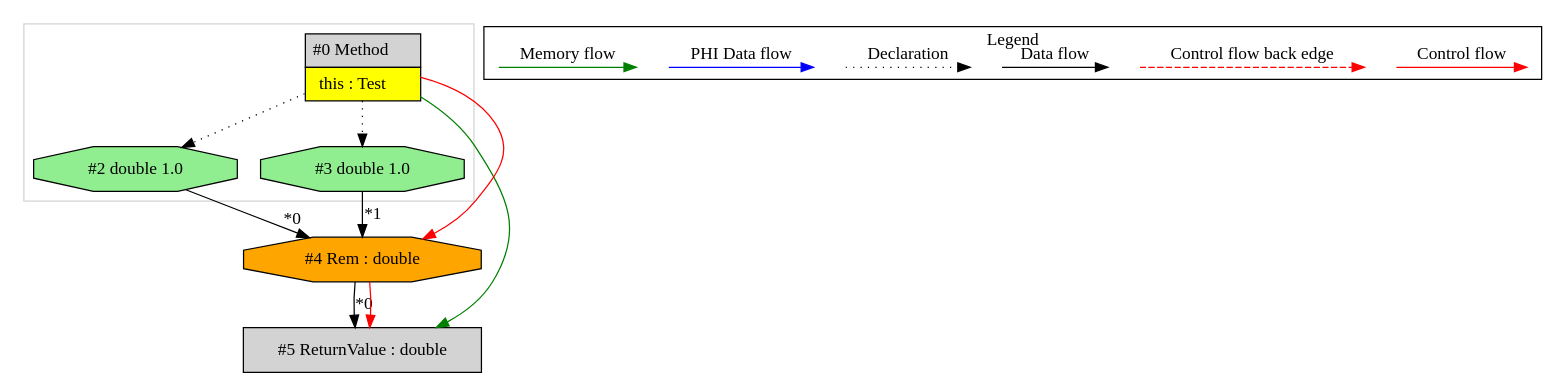
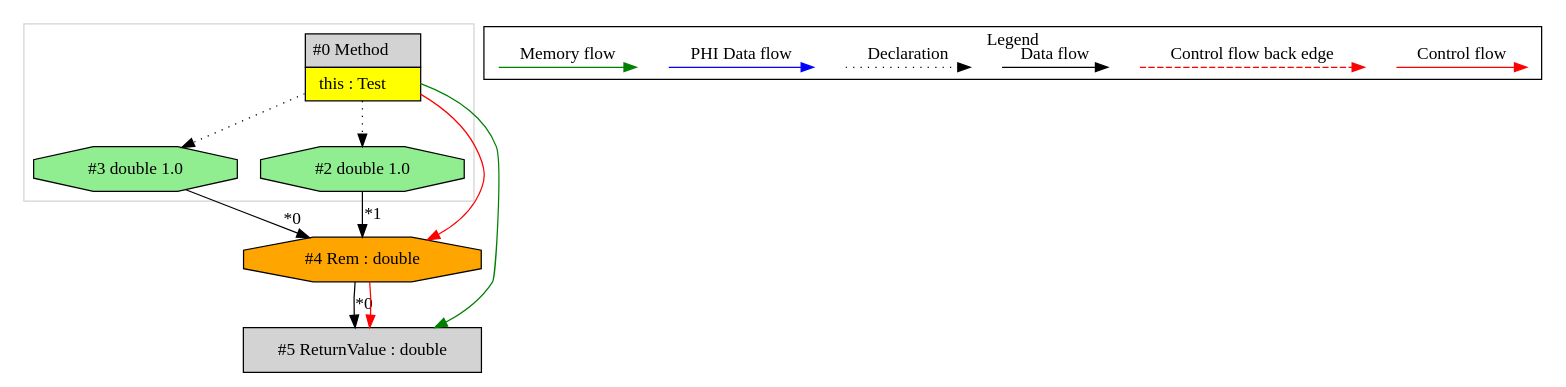
The diagram in de.mirkosertic.metair.ir.OpcodeDREMTest/test_DREM/ir.dot (mirkosertic/MetaIR), drawn with Graphviz before and after one commit. The commit also changed 1256 other files, not shown here.

```diff
--- a/de.mirkosertic.metair.ir.OpcodeDREMTest/test_DREM/ir.dot
+++ b/de.mirkosertic.metair.ir.OpcodeDREMTest/test_DREM/ir.dot
@@ -1,48 +1,48 @@
 digraph {
  ordering="in";
  node0[margin="0", label=<<table border="0" cellborder="1" cellspacing="0" cellpadding="5"><tr><td colspan="1">#0 Method</td></tr><tr><td port="prj1" bgcolor="yellow">this : Test</td></tr></table>>,shape=none, fillcolor=lightgrey, style=filled];
+ node4[label="#4 Rem : double",shape=octagon, fillcolor=orange, style=filled];
+ node3 -> node4[headlabel="*0", labeldistance=2];
+ node2 -> node4[headlabel="*1", labeldistance=2];
+ node0 -> node4[labeldistance=2, color=red, fontcolor=red];
+ node2[label="#2 double 1.0",shape=octagon, fillcolor=lightgreen, style=filled];
+ node0 -> node2[style=dotted];
+ node3[label="#3 double 1.0",shape=octagon, fillcolor=lightgreen, style=filled];
+ node0 -> node3[style=dotted];
  node5[label="#5 ReturnValue : double",shape=box, fillcolor=lightgrey, style=filled];
  node4 -> node5[headlabel="*0", labeldistance=2];
  node4 -> node5[labeldistance=2, color=red, fontcolor=red];
  node0 -> node5[labeldistance=2, color=green, constraint=false];
- node4[label="#4 Rem : double",shape=octagon, fillcolor=orange, style=filled];
- node2 -> node4[headlabel="*0", labeldistance=2];
- node3 -> node4[headlabel="*1", labeldistance=2];
- node0 -> node4[labeldistance=2, color=red, fontcolor=red];
- node3[label="#3 double 1.0",shape=octagon, fillcolor=lightgreen, style=filled];
- node0 -> node3[style=dotted];
- node2[label="#2 double 1.0",shape=octagon, fillcolor=lightgreen, style=filled];
- node0 -> node2[style=dotted];
  subgraph cluster_0 {
   color=lightgray;
   node0;
   node2;
   node3;
  }
  subgraph cluster_000 {
   label = "Legend";
   node [shape=point]
   {
    rank=same;
    c0 [style = invis];
    c1 [style = invis];
    c2 [style = invis];
    c3 [style = invis];
    d0 [style = invis];
    d1 [style = invis];
    d2 [style = invis];
    d3 [style = invis];
    d4 [style = invis];
    d5 [style = invis];
    d6 [style = invis];
    d7 [style = invis];
   }
   c0 -> c1 [label="Control flow", style=solid, color=red]
   c2 -> c3 [label="Control flow back edge", style=dashed, color=red]
   d0 -> d1 [label="Data flow"]
   d2 -> d3 [label="Declaration", style=dotted]
   d4 -> d5 [label="PHI Data flow", color=blue]
   d6 -> d7 [label="Memory flow", color=green]
  }
 
 }
```
